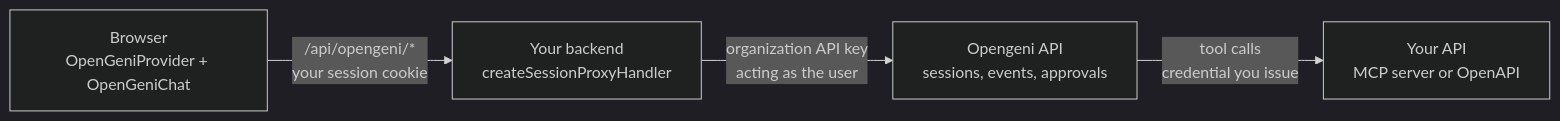
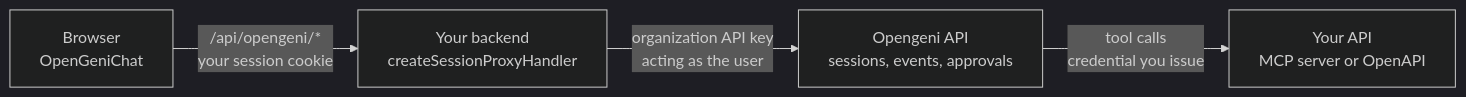
One commit to Cloudgeni-ai/opengeni changed the diagram in docs-site/integrate/how-it-fits-together.mdx. Above: the diagram before and after it, drawn with Mermaid (dark theme). The commit also changed other lines of this file and 11 other files, not shown here.

````diff
--- a/docs-site/integrate/how-it-fits-together.mdx
+++ b/docs-site/integrate/how-it-fits-together.mdx
@@ -9,10 +9,10 @@
 ```mermaid
 flowchart LR
-  B["Browser<br/>OpenGeniProvider + OpenGeniChat"]
+  B["Browser<br/>OpenGeniChat"]
   P["Your backend<br/>createSessionProxyHandler"]
   O["Opengeni API<br/>sessions, events, approvals"]
   T["Your API<br/>MCP server or OpenAPI"]
   B -- "/api/opengeni/*<br/>your session cookie" --> P
   P -- "organization API key<br/>acting as the user" --> O
   O -- "tool calls<br/>credential you issue" --> T
 ```
````
